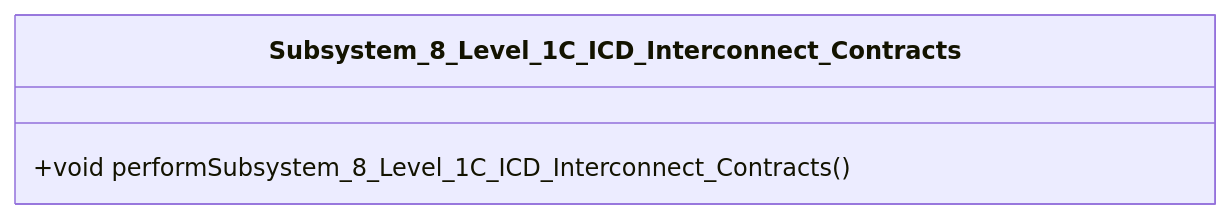
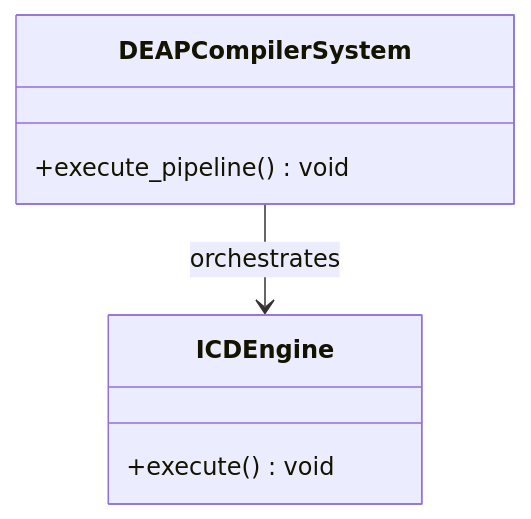
The first of 2 diagrams in docs/epics/EPIC-10-Subsystem_8_Level_1C_ICD_Interconnect_Contracts.md (gintatkinson/dumpiler-01), drawn with Mermaid before and after one commit. The commit also changed other lines of this file and 90 other files, not shown here.

````diff
--- a/docs/epics/EPIC-10-Subsystem_8_Level_1C_ICD_Interconnect_Contracts.md
+++ b/docs/epics/EPIC-10-Subsystem_8_Level_1C_ICD_Interconnect_Contracts.md
@@ -30,6 +53,10 @@
 ```mermaid
 classDiagram
-    class Subsystem_8_Level_1C_ICD_Interconnect_Contracts {
-        +void performSubsystem_8_Level_1C_ICD_Interconnect_Contracts()
+    class DEAPCompilerSystem {
+        +execute_pipeline() void
     }
+    class ICDEngine {
+        +execute() void
+    }
+    DEAPCompilerSystem --> ICDEngine : orchestrates
 ```
````
